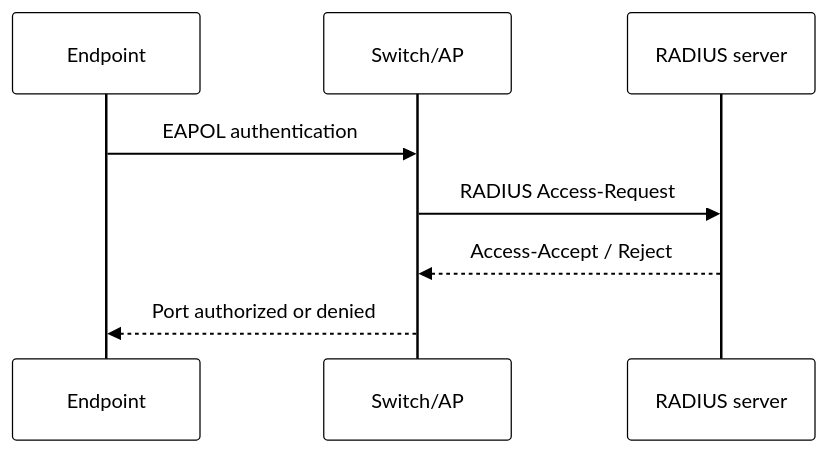
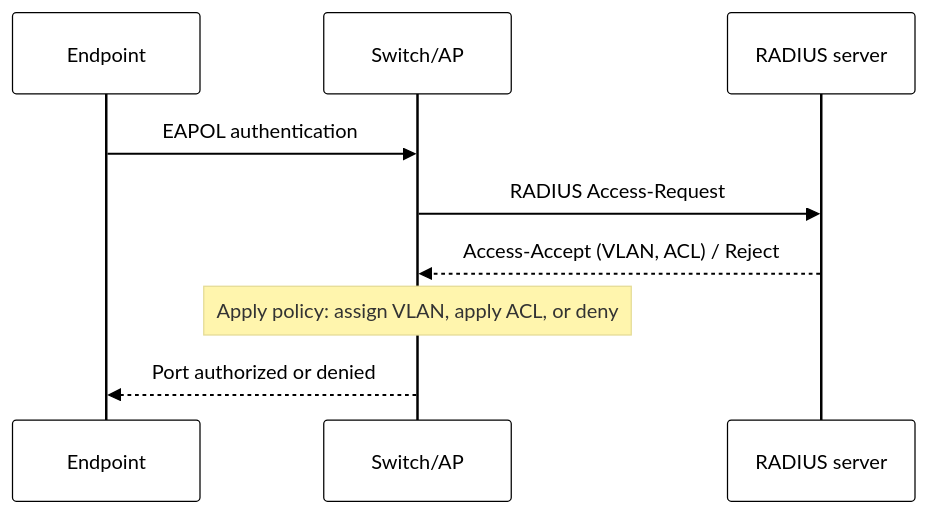
The eighth of 32 diagrams in 03-network-access-control/03-network-access-control.md (cs-pub-ro/SRED-lectures), drawn with Mermaid before and after one commit. The commit also changed other lines of this file, not shown here.

````diff
--- a/03-network-access-control/03-network-access-control.md
+++ b/03-network-access-control/03-network-access-control.md
@@ -147,11 +275,12 @@
 ```mermaid
 %%{init: {'theme': 'base', 'themeVariables': {'primaryColor': '#ffffff', 'primaryBorderColor': '#000000', 'primaryTextColor': '#000000', 'lineColor': '#000000'}}}%%
 sequenceDiagram
   participant E as Endpoint
   participant S as Switch/AP
   participant R as RADIUS server
   E->>S: EAPOL authentication
   S->>R: RADIUS Access-Request
-  R-->>S: Access-Accept / Reject
+  R-->>S: Access-Accept (VLAN, ACL) / Reject
+  Note over S: Apply policy: assign VLAN, apply ACL, or deny
   S-->>E: Port authorized or denied
 ```
````
